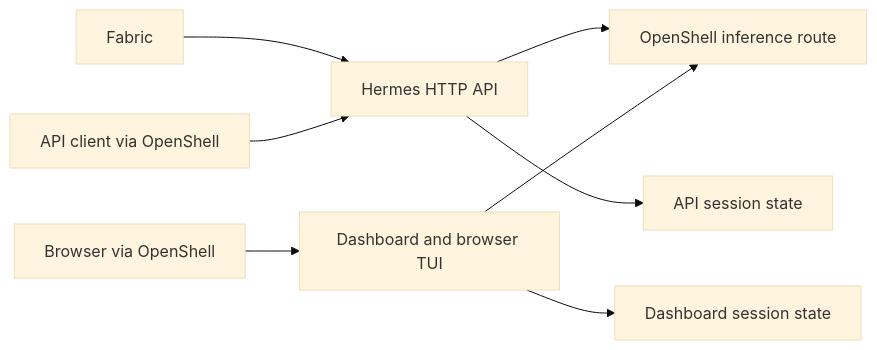
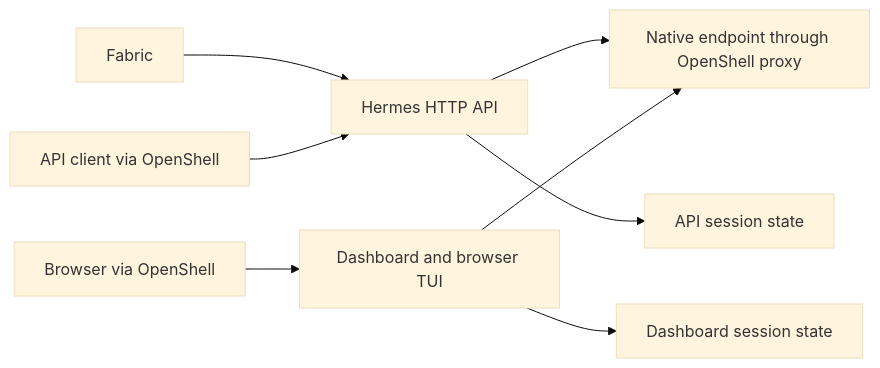
Before and after one commit to NVIDIA/NemoClaw: the diagram in docs/interfaces.md, drawn with Mermaid (base theme). The commit also changed other lines of this file and 82 other files, not shown here.

````diff
--- a/docs/interfaces.md
+++ b/docs/interfaces.md
@@ -139,10 +139,10 @@
 ```mermaid
 flowchart LR
     Fabric --> API["Hermes HTTP API"]
     Client["API client via OpenShell"] --> API
     Browser["Browser via OpenShell"] --> Dashboard["Dashboard and browser TUI"]
-    API --> Route["OpenShell inference route"]
+    API --> Route["Native endpoint through OpenShell proxy"]
     Dashboard --> Route
     API --> APIState["API session state"]
     Dashboard --> UIState["Dashboard session state"]
 ```
````
